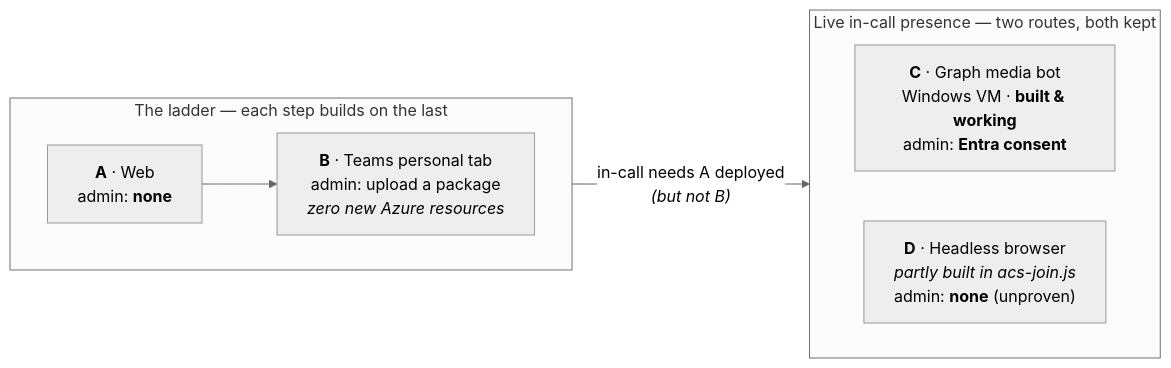
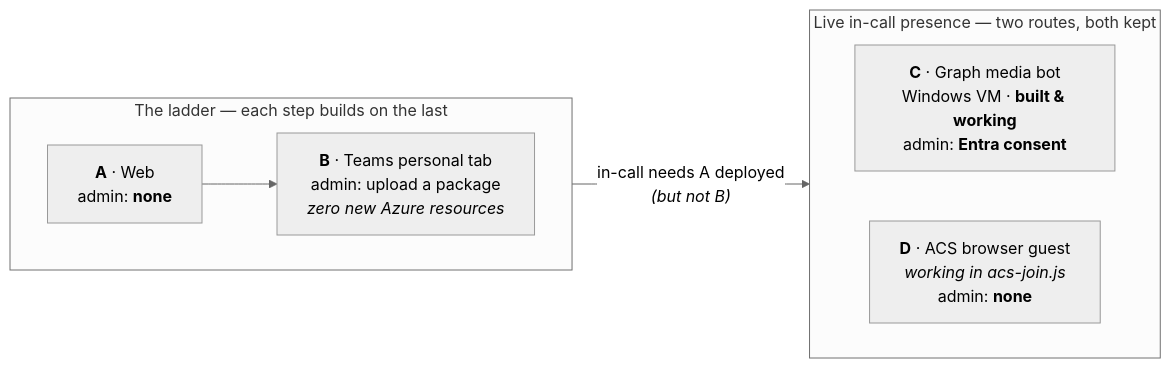
Before and after one commit to SridharArrabelly/avatar-forge: the diagram in docs/channels/README.md, drawn with Mermaid (neutral theme). The commit also changed other lines of this file and 3 other files, not shown here.

````diff
--- a/docs/channels/README.md
+++ b/docs/channels/README.md
@@ -53,17 +53,17 @@
 ```mermaid
 flowchart LR
     subgraph Ladder["The ladder — each step builds on the last"]
         direction LR
         A["<b>A</b> · Web<br/>admin: <b>none</b>"]
         B["<b>B</b> · Teams personal tab<br/>admin: upload a package<br/><i>zero new Azure resources</i>"]
         A --> B
     end
 
     subgraph Rivals["Live in-call presence — two routes, both kept"]
         direction LR
         C["<b>C</b> · Graph media bot<br/>Windows VM · <b>built &amp; working</b><br/>admin: <b>Entra consent</b>"]
-        D["<b>D</b> · Headless browser<br/><i>partly built in acs-join.js</i><br/>admin: <b>none</b> (unproven)"]
+        D["<b>D</b> · ACS browser guest<br/><i>working in acs-join.js</i><br/>admin: <b>none</b>"]
     end
 
     A -- "in-call needs A deployed<br/><i>(but not B)</i>" --> Rivals
 ```
````
